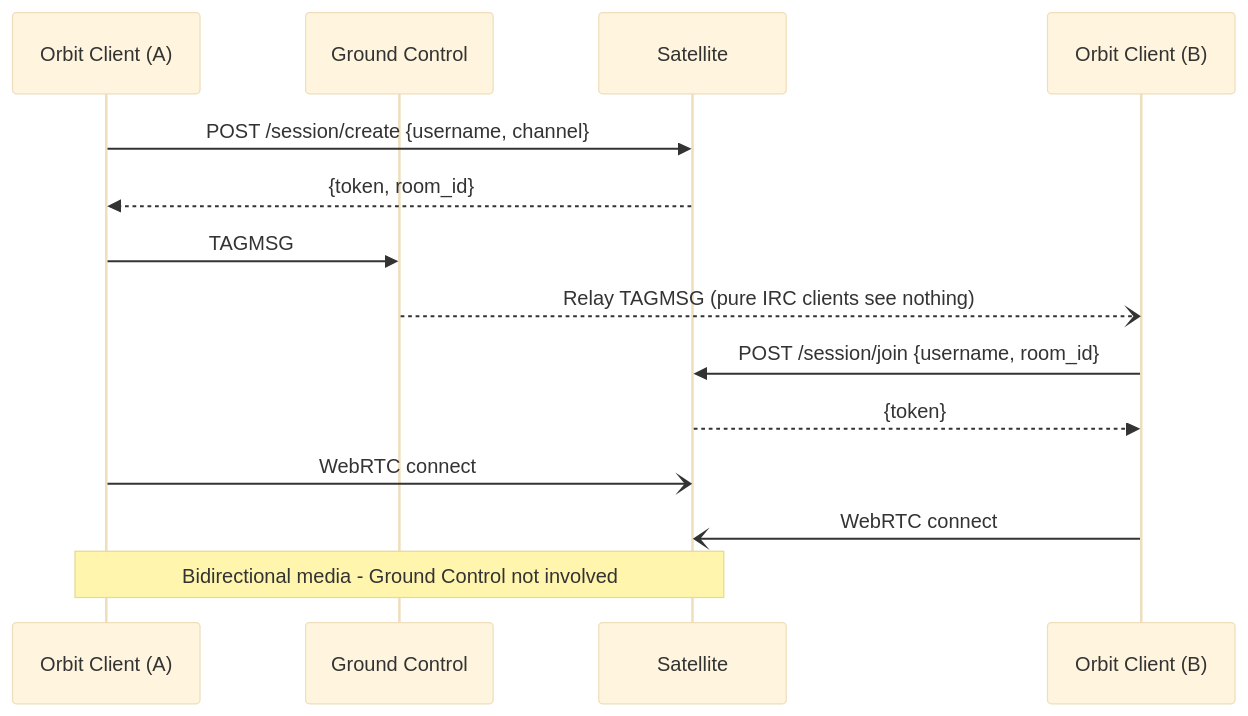
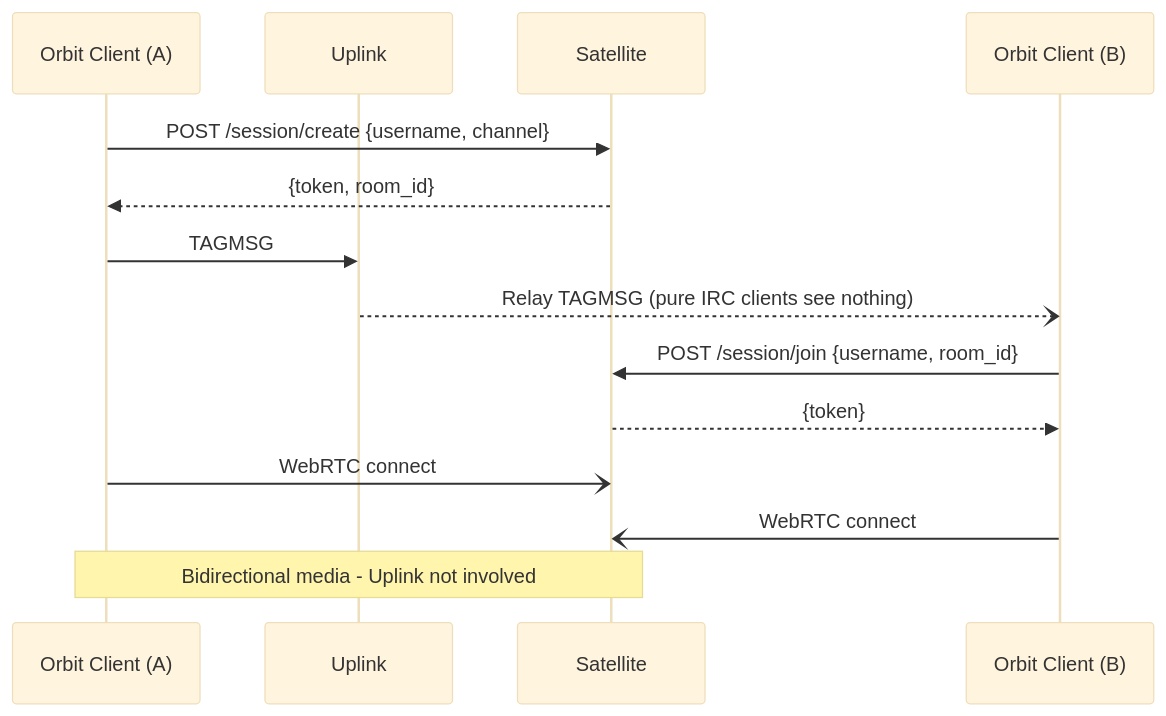
The third of 4 diagrams in spec/01-architecture/01-overview.md (hivecom/orbit-spec), drawn with Mermaid (base theme) before and after one commit. The commit also changed other lines of this file and 45 other files, not shown here.

First line of the commit message:
Rename Ground Control to Uplink and reorganize

````diff
--- a/spec/01-architecture/01-overview.md
+++ b/spec/01-architecture/01-overview.md
@@ -84,20 +83,20 @@
 ```mermaid
 sequenceDiagram
     participant A as Orbit Client (A)
-    participant GC as Ground Control
+    participant GC as Uplink
     participant SAT as Satellite
     participant B as Orbit Client (B)
 
     A->>SAT: POST /session/create {username, channel}
     SAT-->>A: {token, room_id}
 
     A->>GC: TAGMSG #channel +orbit/sat-invite={node, room_id, ...}
     GC--)B: Relay TAGMSG (pure IRC clients see nothing)
 
     B->>SAT: POST /session/join {username, room_id}
     SAT-->>B: {token}
 
     A-)SAT: WebRTC connect
     B-)SAT: WebRTC connect
-    note over A,SAT: Bidirectional media - Ground Control not involved
+    note over A,SAT: Bidirectional media - Uplink not involved
 ```
````
